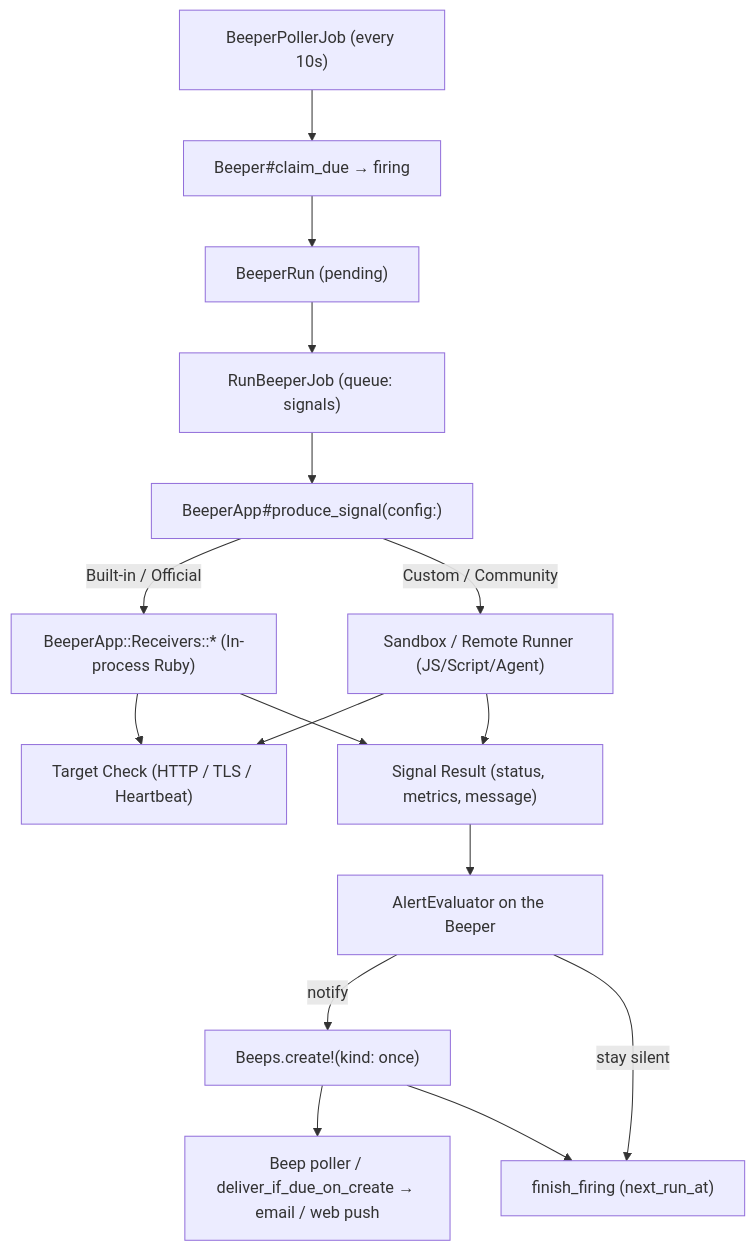
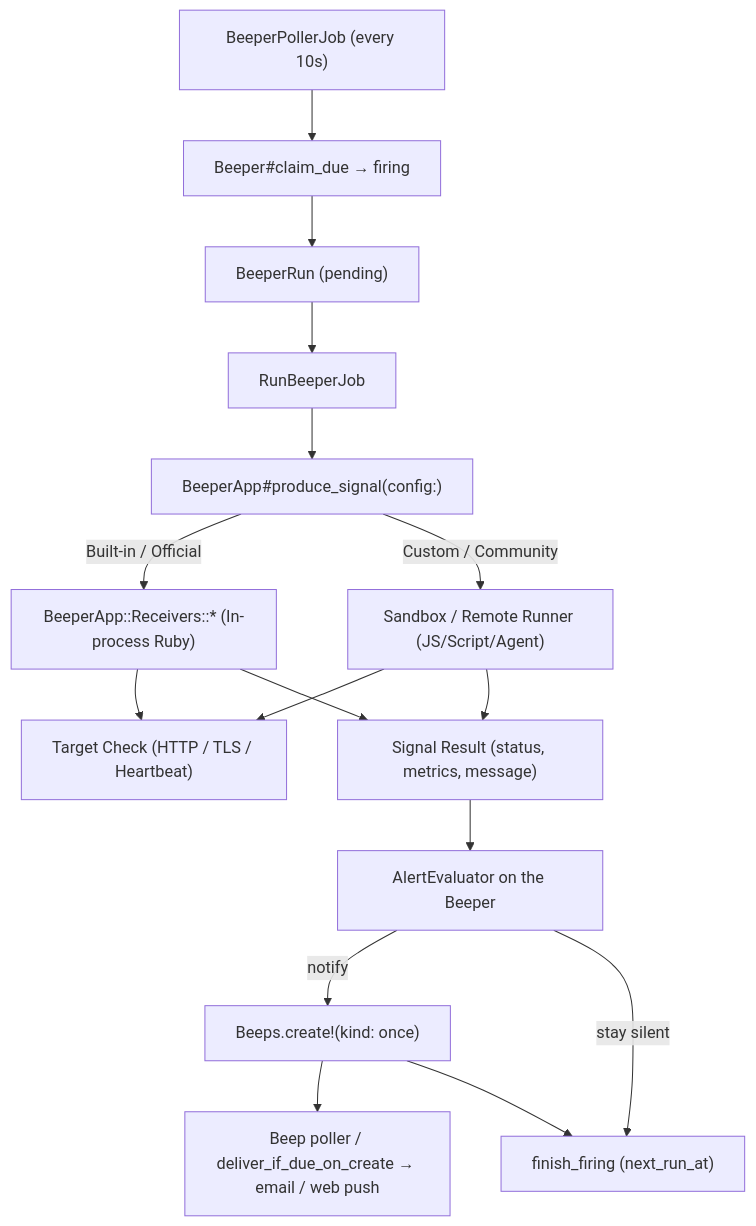
Before and after one commit to yuler/beep: the diagram in docs/architecture/beeper.md, drawn with Mermaid. The commit also changed other lines of this file and 5 other files, not shown here.

````diff
--- a/docs/architecture/beeper.md
+++ b/docs/architecture/beeper.md
@@ -7,18 +7,18 @@
 ```mermaid
 flowchart TD
   Poller["BeeperPollerJob (every 10s)"] --> Claim["Beeper#claim_due → firing"]
   Claim --> Run["BeeperRun (pending)"]
-  Run --> Job["RunBeeperJob (queue: signals)"]
+  Run --> Job["RunBeeperJob"]
   Job --> Produce["BeeperApp#produce_signal(config:)"]
   Produce -->|Built-in / Official| Native["BeeperApp::Receivers::* (In-process Ruby)"]
   Produce -->|Custom / Community| Sandbox["Sandbox / Remote Runner (JS/Script/Agent)"]
   Native --> Target["Target Check (HTTP / TLS / Heartbeat)"]
   Sandbox --> Target
   Native --> Signal["Signal Result (status, metrics, message)"]
   Sandbox --> Signal
   Signal --> Eval["AlertEvaluator on the Beeper"]
   Eval -->|notify| Create["Beeps.create!(kind: once)"]
   Eval -->|stay silent| Finish["finish_firing (next_run_at)"]
   Create --> Deliver["Beep poller / deliver_if_due_on_create → email / web push"]
   Create --> Finish
 ```
````
